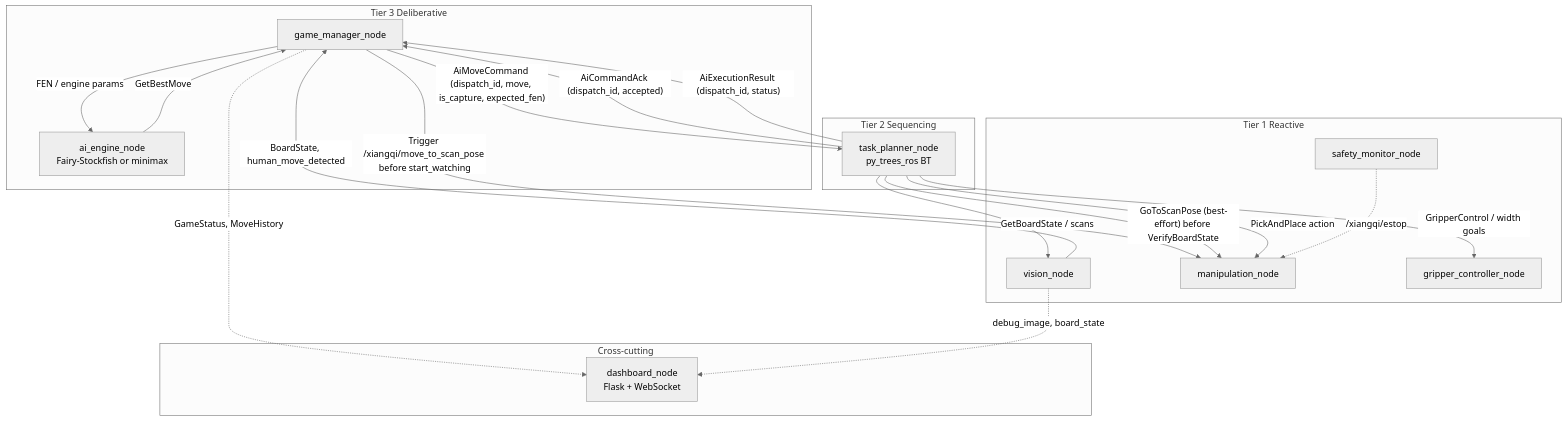
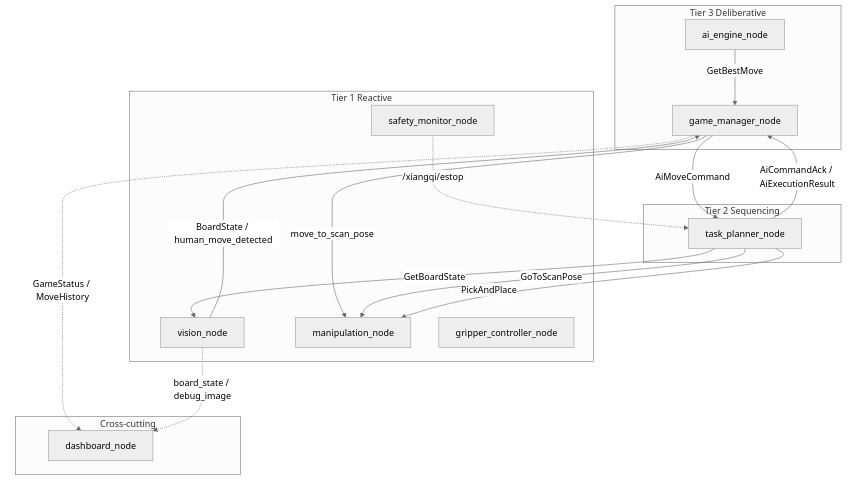
Before and after one commit to giatinhuynh/par_ur5e_xiangqi: the diagram in README.md, drawn with Mermaid (neutral theme). The commit also changed other lines of this file and 13 other files, not shown here.

````diff
--- a/README.md
+++ b/README.md
@@ -50,37 +56,30 @@
 ```mermaid
 graph TB
   subgraph deliberative [Tier 3 Deliberative]
     GameManager["game_manager_node"]
-    AIEngine["ai_engine_node<br/>Fairy-Stockfish or minimax"]
+    AIEngine["ai_engine_node"]
   end
-
   subgraph sequencing [Tier 2 Sequencing]
-    TaskPlanner["task_planner_node<br/>py_trees_ros BT"]
+    TaskPlanner["task_planner_node"]
   end
-
   subgraph reactive [Tier 1 Reactive]
     VisionNode["vision_node"]
     ManipNode["manipulation_node"]
     GripperNode["gripper_controller_node"]
     SafetyNode["safety_monitor_node"]
   end
-
   subgraph crosscutting [Cross-cutting]
-    Dashboard["dashboard_node<br/>Flask + WebSocket"]
+    Dashboard["dashboard_node"]
   end
-
-  GameManager -->|"AiMoveCommand (dispatch_id, move, is_capture, expected_fen)"| TaskPlanner
-  TaskPlanner -->|"AiCommandAck (dispatch_id, accepted)"| GameManager
-  TaskPlanner -->|"AiExecutionResult (dispatch_id, status)"| GameManager
-  GameManager -->|"Trigger /xiangqi/move_to_scan_pose before start_watching"| ManipNode
-  TaskPlanner -->|"GoToScanPose (best-effort) before VerifyBoardState"| ManipNode
-  AIEngine -->|"GetBestMove"| GameManager
-  GameManager -->|"FEN / engine params"| AIEngine
-  VisionNode -->|"BoardState, human_move_detected"| GameManager
-  TaskPlanner -->|"PickAndPlace action"| ManipNode
-  TaskPlanner -->|"GripperControl / width goals"| GripperNode
-  TaskPlanner -->|"GetBoardState / scans"| VisionNode
-  SafetyNode -.->|"/xiangqi/estop"| ManipNode
-  GameManager -.->|"GameStatus, MoveHistory"| Dashboard
-  VisionNode -.->|"debug_image, board_state"| Dashboard
+  GameManager -->|AiMoveCommand| TaskPlanner
+  TaskPlanner -->|AiCommandAck / AiExecutionResult| GameManager
+  GameManager -->|move_to_scan_pose| ManipNode
+  TaskPlanner -->|GoToScanPose| ManipNode
+  AIEngine -->|GetBestMove| GameManager
+  VisionNode -->|BoardState / human_move_detected| GameManager
+  TaskPlanner -->|PickAndPlace| ManipNode
+  TaskPlanner -->|GetBoardState| VisionNode
+  SafetyNode -.->|/xiangqi/estop| TaskPlanner
+  GameManager -.->|GameStatus / MoveHistory| Dashboard
+  VisionNode -.->|board_state / debug_image| Dashboard
 ```
````
